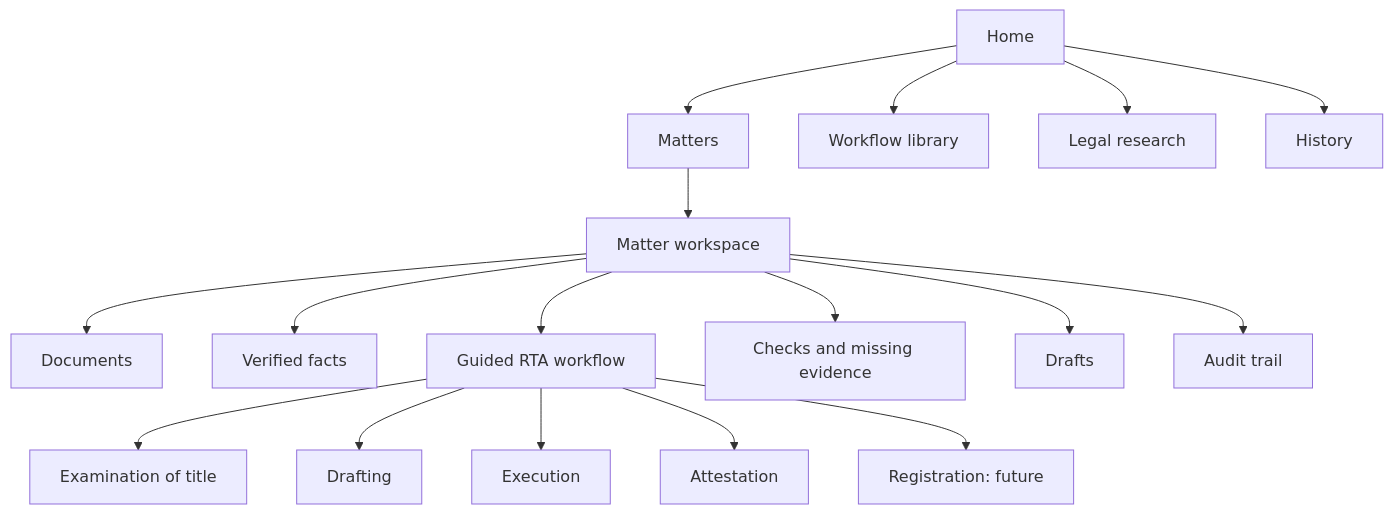
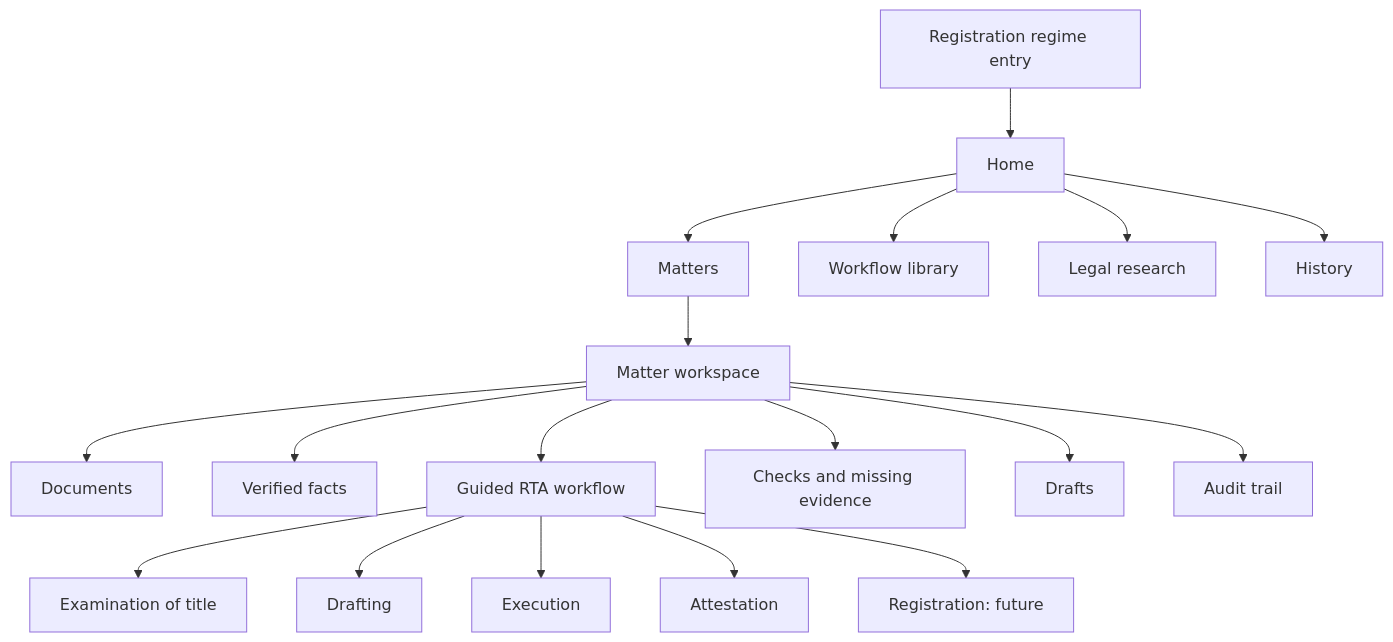
The first of 2 diagrams in docs/product-research/harvey/draftly-interface-spec.md (Draftly-LK/draftly-research), drawn with Mermaid before and after one commit. The commit also changed other lines of this file and 1 other file, not shown here.

````diff
--- a/docs/product-research/harvey/draftly-interface-spec.md
+++ b/docs/product-research/harvey/draftly-interface-spec.md
@@ -40,19 +41,20 @@
 ```mermaid
 flowchart TD
-    A[Home] --> B[Matters]
+    Z[Registration regime entry] --> A[Home]
+    A --> B[Matters]
     A --> C[Workflow library]
     A --> D[Legal research]
     A --> E[History]
     B --> F[Matter workspace]
     F --> G[Documents]
     F --> H[Verified facts]
     F --> I[Guided RTA workflow]
     F --> J[Checks and missing evidence]
     F --> K[Drafts]
     F --> L[Audit trail]
     I --> M[Examination of title]
     I --> N[Drafting]
     I --> O[Execution]
     I --> P[Attestation]
     I --> Q[Registration: future]
 ```
````
